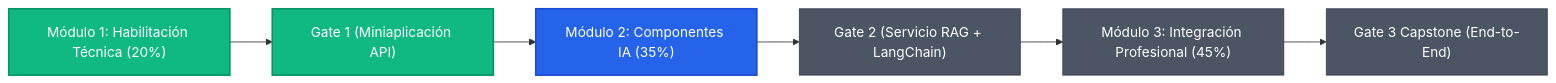
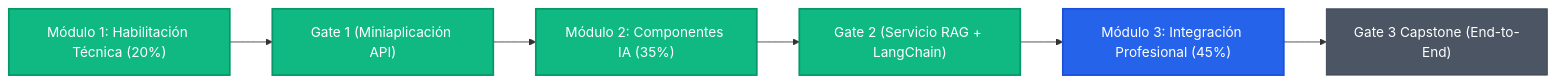
One commit to ayalaphysds/Curso-CCHIA changed the diagram in BITACORA_DE_AVANCE.md. Above: the diagram before and after it, drawn with Mermaid. The commit also changed other lines of this file and 54 other files, not shown here.

````diff
--- a/BITACORA_DE_AVANCE.md
+++ b/BITACORA_DE_AVANCE.md
@@ -25,15 +25,15 @@
 ```mermaid
 flowchart LR
     A["Módulo 1: Habilitación Técnica (20%)"] --> B["Gate 1 (Miniaplicación API)"]
     B --> C["Módulo 2: Componentes IA (35%)"]
     C --> D["Gate 2 (Servicio RAG + LangChain)"]
     D --> E["Módulo 3: Integración Profesional (45%)"]
     E --> F["Gate 3 Capstone (End-to-End)"]
 
     style A fill:#10b981,stroke:#059669,stroke-width:2px,color:#ffffff
     style B fill:#10b981,stroke:#059669,stroke-width:2px,color:#ffffff
-    style C fill:#2563eb,stroke:#1d4ed8,stroke-width:2px,color:#ffffff
-    style D fill:#4b5563,stroke:#374151,stroke-width:1px,color:#ffffff
-    style E fill:#4b5563,stroke:#374151,stroke-width:1px,color:#ffffff
+    style C fill:#10b981,stroke:#059669,stroke-width:2px,color:#ffffff
+    style D fill:#10b981,stroke:#059669,stroke-width:2px,color:#ffffff
+    style E fill:#2563eb,stroke:#1d4ed8,stroke-width:2px,color:#ffffff
     style F fill:#4b5563,stroke:#374151,stroke-width:1px,color:#ffffff
 ```
````
